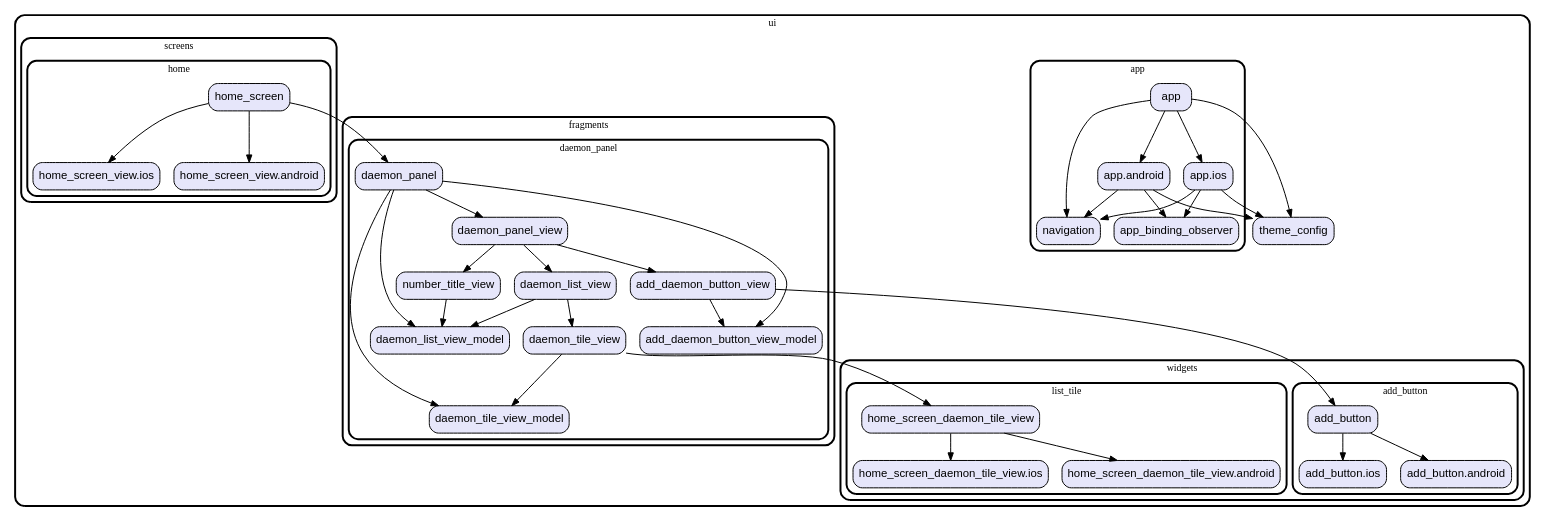
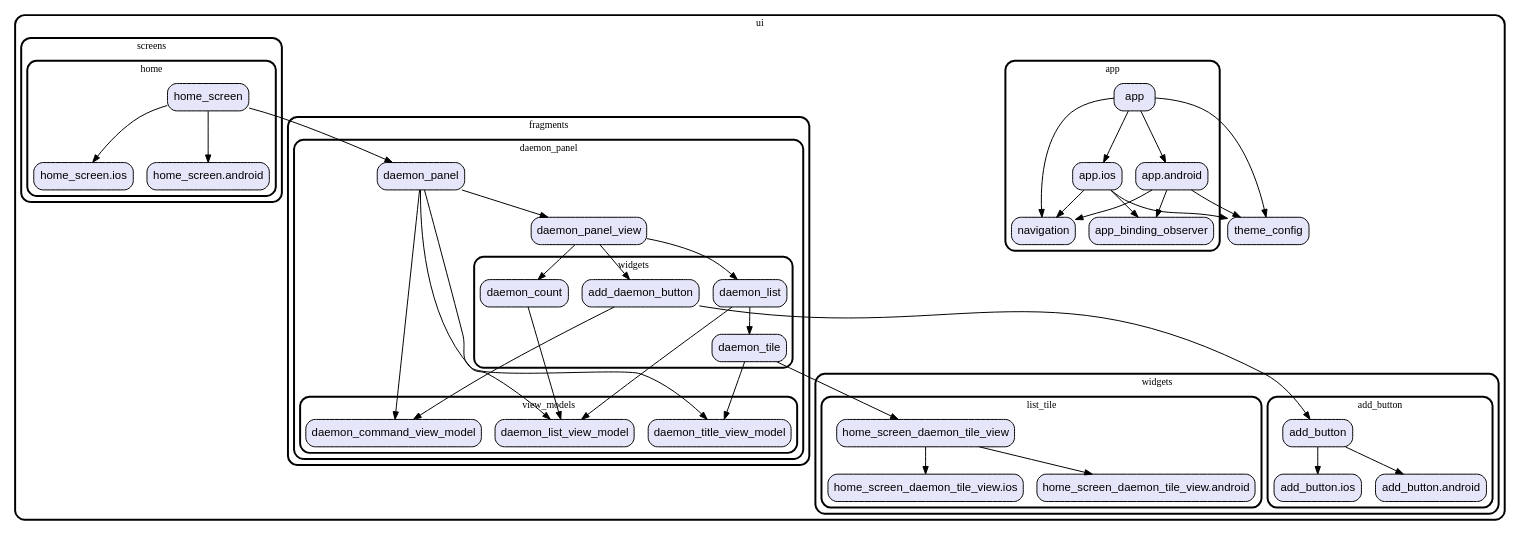
The diagram in graph/lib/ui.dot (gev/reacthome-mobile), drawn with Graphviz before and after one commit. The commit also changed 22 other files, not shown here.

Commit message:
update dependencies graph

```diff
--- a/graph/lib/ui.dot
+++ b/graph/lib/ui.dot
@@ -1,111 +1,117 @@
 digraph "" {
   graph [style=rounded fontname="Arial Black" fontsize=13 penwidth=2.6];
   node [shape=rect style="filled,rounded" fontname=Arial fontsize=15 fillcolor=Lavender penwidth=1.3];
   edge [penwidth=1.3];
-  "/fragments/daemon_panel/daemon_tile_view.dart" [label="daemon_tile_view"];
-  "/fragments/daemon_panel/daemon_list_view.dart" [label="daemon_list_view"];
+  "/fragments/daemon_panel/view_models/daemon_command_view_model.dart" [label="daemon_command_view_model"];
+  "/fragments/daemon_panel/view_models/daemon_title_view_model.dart" [label="daemon_title_view_model"];
+  "/fragments/daemon_panel/view_models/daemon_list_view_model.dart" [label="daemon_list_view_model"];
   "/fragments/daemon_panel/daemon_panel.dart" [label="daemon_panel"];
-  "/fragments/daemon_panel/add_daemon_button_view_model.dart" [label="add_daemon_button_view_model"];
-  "/fragments/daemon_panel/daemon_tile_view_model.dart" [label="daemon_tile_view_model"];
   "/fragments/daemon_panel/daemon_panel_view.dart" [label="daemon_panel_view"];
-  "/fragments/daemon_panel/add_daemon_button_view.dart" [label="add_daemon_button_view"];
-  "/fragments/daemon_panel/daemon_list_view_model.dart" [label="daemon_list_view_model"];
-  "/fragments/daemon_panel/number_title_view.dart" [label="number_title_view"];
+  "/fragments/daemon_panel/widgets/daemon_tile.dart" [label="daemon_tile"];
+  "/fragments/daemon_panel/widgets/daemon_list.dart" [label="daemon_list"];
+  "/fragments/daemon_panel/widgets/daemon_count.dart" [label="daemon_count"];
+  "/fragments/daemon_panel/widgets/add_daemon_button.dart" [label="add_daemon_button"];
   "/app/app.android.dart" [label="app.android"];
   "/app/app_binding_observer.dart" [label="app_binding_observer"];
   "/app/app.ios.dart" [label="app.ios"];
   "/app/navigation.dart" [label="navigation"];
   "/app/app.dart" [label="app"];
-  "/screens/home/home_screen_view.android.dart" [label="home_screen_view.android"];
-  "/screens/home/home_screen_view.ios.dart" [label="home_screen_view.ios"];
+  "/screens/home/home_screen.android.dart" [label="home_screen.android"];
+  "/screens/home/home_screen.ios.dart" [label="home_screen.ios"];
   "/screens/home/home_screen.dart" [label="home_screen"];
   "/theme_config.dart" [label="theme_config"];
   "/widgets/list_tile/home_screen_daemon_tile_view.ios.dart" [label="home_screen_daemon_tile_view.ios"];
   "/widgets/list_tile/home_screen_daemon_tile_view.android.dart" [label="home_screen_daemon_tile_view.android"];
   "/widgets/list_tile/home_screen_daemon_tile_view.dart" [label="home_screen_daemon_tile_view"];
   "/widgets/add_button/add_button.dart" [label="add_button"];
   "/widgets/add_button/add_button.ios.dart" [label="add_button.ios"];
   "/widgets/add_button/add_button.android.dart" [label="add_button.android"];
   subgraph "cluster~" {
     label="ui";
     "/theme_config.dart";
     subgraph "cluster~/fragments" {
       label="fragments";
       subgraph "cluster~/fragments/daemon_panel" {
         label="daemon_panel";
-        "/fragments/daemon_panel/daemon_tile_view.dart";
-        "/fragments/daemon_panel/daemon_list_view.dart";
         "/fragments/daemon_panel/daemon_panel.dart";
-        "/fragments/daemon_panel/add_daemon_button_view_model.dart";
-        "/fragments/daemon_panel/daemon_tile_view_model.dart";
         "/fragments/daemon_panel/daemon_panel_view.dart";
-        "/fragments/daemon_panel/add_daemon_button_view.dart";
-        "/fragments/daemon_panel/daemon_list_view_model.dart";
-        "/fragments/daemon_panel/number_title_view.dart";
+        subgraph "cluster~/fragments/daemon_panel/view_models" {
+          label="view_models";
+          "/fragments/daemon_panel/view_models/daemon_command_view_model.dart";
+          "/fragments/daemon_panel/view_models/daemon_title_view_model.dart";
+          "/fragments/daemon_panel/view_models/daemon_list_view_model.dart";
+        }
+        subgraph "cluster~/fragments/daemon_panel/widgets" {
+          label="widgets";
+          "/fragments/daemon_panel/widgets/daemon_tile.dart";
+          "/fragments/daemon_panel/widgets/daemon_list.dart";
+          "/fragments/daemon_panel/widgets/daemon_count.dart";
+          "/fragments/daemon_panel/widgets/add_daemon_button.dart";
+        }
       }
     }
     subgraph "cluster~/app" {
       label="app";
       "/app/app.android.dart";
       "/app/app_binding_observer.dart";
       "/app/app.ios.dart";
       "/app/navigation.dart";
       "/app/app.dart";
     }
     subgraph "cluster~/screens" {
       label="screens";
       subgraph "cluster~/screens/home" {
         label="home";
-        "/screens/home/home_screen_view.android.dart";
-        "/screens/home/home_screen_view.ios.dart";
+        "/screens/home/home_screen.android.dart";
+        "/screens/home/home_screen.ios.dart";
         "/screens/home/home_screen.dart";
       }
     }
     subgraph "cluster~/widgets" {
       label="widgets";
       subgraph "cluster~/widgets/list_tile" {
         label="list_tile";
         "/widgets/list_tile/home_screen_daemon_tile_view.ios.dart";
         "/widgets/list_tile/home_screen_daemon_tile_view.android.dart";
         "/widgets/list_tile/home_screen_daemon_tile_view.dart";
       }
       subgraph "cluster~/widgets/add_button" {
         label="add_button";
         "/widgets/add_button/add_button.dart";
         "/widgets/add_button/add_button.ios.dart";
         "/widgets/add_button/add_button.android.dart";
       }
     }
   }
-  "/fragments/daemon_panel/daemon_tile_view.dart" -> "/fragments/daemon_panel/daemon_tile_view_model.dart";
-  "/fragments/daemon_panel/daemon_tile_view.dart" -> "/widgets/list_tile/home_screen_daemon_tile_view.dart";
-  "/fragments/daemon_panel/daemon_list_view.dart" -> "/fragments/daemon_panel/daemon_list_view_model.dart";
-  "/fragments/daemon_panel/daemon_list_view.dart" -> "/fragments/daemon_panel/daemon_tile_view.dart";
-  "/fragments/daemon_panel/daemon_panel.dart" -> "/fragments/daemon_panel/add_daemon_button_view_model.dart";
-  "/fragments/daemon_panel/daemon_panel.dart" -> "/fragments/daemon_panel/daemon_list_view_model.dart";
   "/fragments/daemon_panel/daemon_panel.dart" -> "/fragments/daemon_panel/daemon_panel_view.dart";
-  "/fragments/daemon_panel/daemon_panel.dart" -> "/fragments/daemon_panel/daemon_tile_view_model.dart";
-  "/fragments/daemon_panel/daemon_panel_view.dart" -> "/fragments/daemon_panel/add_daemon_button_view.dart";
-  "/fragments/daemon_panel/daemon_panel_view.dart" -> "/fragments/daemon_panel/daemon_list_view.dart";
-  "/fragments/daemon_panel/daemon_panel_view.dart" -> "/fragments/daemon_panel/number_title_view.dart";
-  "/fragments/daemon_panel/add_daemon_button_view.dart" -> "/widgets/add_button/add_button.dart";
-  "/fragments/daemon_panel/add_daemon_button_view.dart" -> "/fragments/daemon_panel/add_daemon_button_view_model.dart";
-  "/fragments/daemon_panel/number_title_view.dart" -> "/fragments/daemon_panel/daemon_list_view_model.dart";
+  "/fragments/daemon_panel/daemon_panel.dart" -> "/fragments/daemon_panel/view_models/daemon_command_view_model.dart";
+  "/fragments/daemon_panel/daemon_panel.dart" -> "/fragments/daemon_panel/view_models/daemon_list_view_model.dart";
+  "/fragments/daemon_panel/daemon_panel.dart" -> "/fragments/daemon_panel/view_models/daemon_title_view_model.dart";
+  "/fragments/daemon_panel/daemon_panel_view.dart" -> "/fragments/daemon_panel/widgets/add_daemon_button.dart";
+  "/fragments/daemon_panel/daemon_panel_view.dart" -> "/fragments/daemon_panel/widgets/daemon_list.dart";
+  "/fragments/daemon_panel/daemon_panel_view.dart" -> "/fragments/daemon_panel/widgets/daemon_count.dart";
+  "/fragments/daemon_panel/widgets/daemon_tile.dart" -> "/fragments/daemon_panel/view_models/daemon_title_view_model.dart";
+  "/fragments/daemon_panel/widgets/daemon_tile.dart" -> "/widgets/list_tile/home_screen_daemon_tile_view.dart";
+  "/fragments/daemon_panel/widgets/daemon_list.dart" -> "/fragments/daemon_panel/view_models/daemon_list_view_model.dart";
+  "/fragments/daemon_panel/widgets/daemon_list.dart" -> "/fragments/daemon_panel/widgets/daemon_tile.dart";
+  "/fragments/daemon_panel/widgets/daemon_count.dart" -> "/fragments/daemon_panel/view_models/daemon_list_view_model.dart";
+  "/fragments/daemon_panel/widgets/add_daemon_button.dart" -> "/fragments/daemon_panel/view_models/daemon_command_view_model.dart";
+  "/fragments/daemon_panel/widgets/add_daemon_button.dart" -> "/widgets/add_button/add_button.dart";
   "/app/app.android.dart" -> "/app/app_binding_observer.dart";
   "/app/app.android.dart" -> "/app/navigation.dart";
   "/app/app.android.dart" -> "/theme_config.dart";
   "/app/app.ios.dart" -> "/app/app_binding_observer.dart";
   "/app/app.ios.dart" -> "/app/navigation.dart";
   "/app/app.ios.dart" -> "/theme_config.dart";
   "/app/app.dart" -> "/app/app.android.dart";
   "/app/app.dart" -> "/app/app.ios.dart";
   "/app/app.dart" -> "/app/navigation.dart";
   "/app/app.dart" -> "/theme_config.dart";
-  "/screens/home/home_screen.dart" -> "/screens/home/home_screen_view.android.dart";
-  "/screens/home/home_screen.dart" -> "/screens/home/home_screen_view.ios.dart";
   "/screens/home/home_screen.dart" -> "/fragments/daemon_panel/daemon_panel.dart";
+  "/screens/home/home_screen.dart" -> "/screens/home/home_screen.android.dart";
+  "/screens/home/home_screen.dart" -> "/screens/home/home_screen.ios.dart";
   "/widgets/list_tile/home_screen_daemon_tile_view.dart" -> "/widgets/list_tile/home_screen_daemon_tile_view.android.dart";
   "/widgets/list_tile/home_screen_daemon_tile_view.dart" -> "/widgets/list_tile/home_screen_daemon_tile_view.ios.dart";
   "/widgets/add_button/add_button.dart" -> "/widgets/add_button/add_button.android.dart";
   "/widgets/add_button/add_button.dart" -> "/widgets/add_button/add_button.ios.dart";
 }
```
